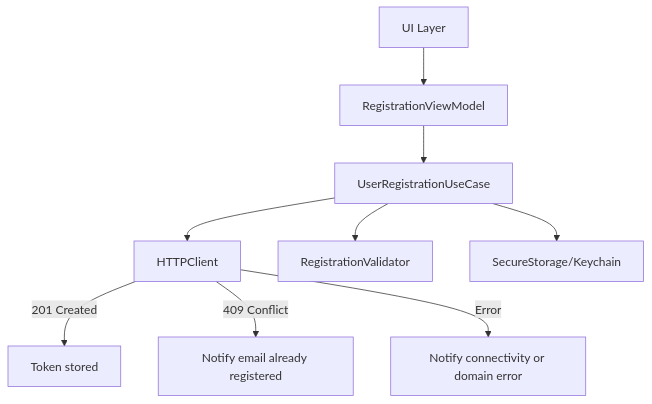
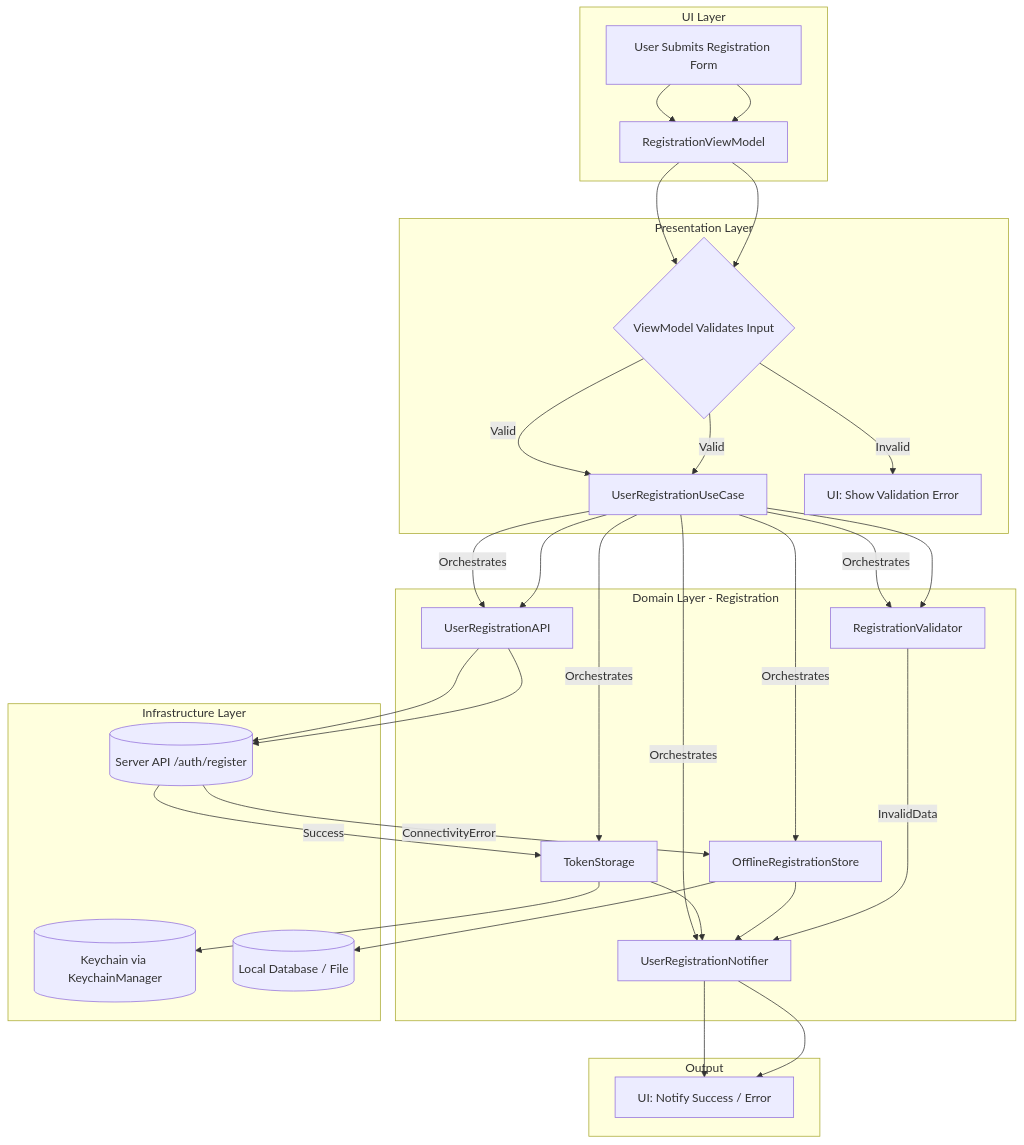
The third of 13 diagrams in README.md (SwiftEnProfundidad/essential-feed-case-Auth), drawn with Mermaid before and after one commit. The commit also changed other lines of this file and 2 other files, not shown here.

````diff
--- a/README.md
+++ b/README.md
@@ -362,11 +361,44 @@
 ```mermaid
 flowchart TD
-    A[UI Layer] --> B[RegistrationViewModel]
-    B --> C[UserRegistrationUseCase]
-    C --> D[HTTPClient]
-    C --> E[RegistrationValidator]
-    C --> F[SecureStorage/Keychain]
-    D -- 201 Created --> G[Token stored]
-    D -- 409 Conflict --> H[Notify email already registered]
-    D -- Error --> I[Notify connectivity or domain error]
+    subgraph UILayer [UI Layer]
+        A[User Submits Registration Form] --> B[RegistrationViewModel]
+    end
+
+    subgraph PresentationLayer [Presentation Layer]
+        B --> C{ViewModel Validates Input}
+        C -- Valid --> D[UserRegistrationUseCase]
+        C -- Invalid --> E[UI: Show Validation Error]
+    end
+
+    subgraph DomainLayer_Registration [Domain Layer - Registration]
+        D -- Orchestrates --> VAL[RegistrationValidator]
+        D -- Orchestrates --> API[UserRegistrationAPI]
+        D -- Orchestrates --> TS[TokenStorage]
+        D -- Orchestrates --> OS[OfflineRegistrationStore]
+        D -- Orchestrates --> NO[UserRegistrationNotifier]
+    end
+
+    subgraph InfrastructureLayer [Infrastructure Layer]
+        API --> ServerAPI[(Server API /auth/register)]
+        TS --> KeychainTS[(Keychain via KeychainManager)]
+        OS --> LocalDBOS[(Local Database / File)]
+    end
+
+    subgraph OutputLayer [Output]
+        NO --> F[UI: Notify Success / Error]
+    end
+
+    %% High-Level Flow Connections
+    A --> B
+    B --> C
+    C -- Valid --> D
+        D --> VAL
+        D --> API
+            API --> ServerAPI
+            ServerAPI -- Success --> TS
+            ServerAPI -- ConnectivityError --> OS
+        TS --> NO
+        OS --> NO
+        VAL -- InvalidData --> NO
+    NO --> F
 ```
````
